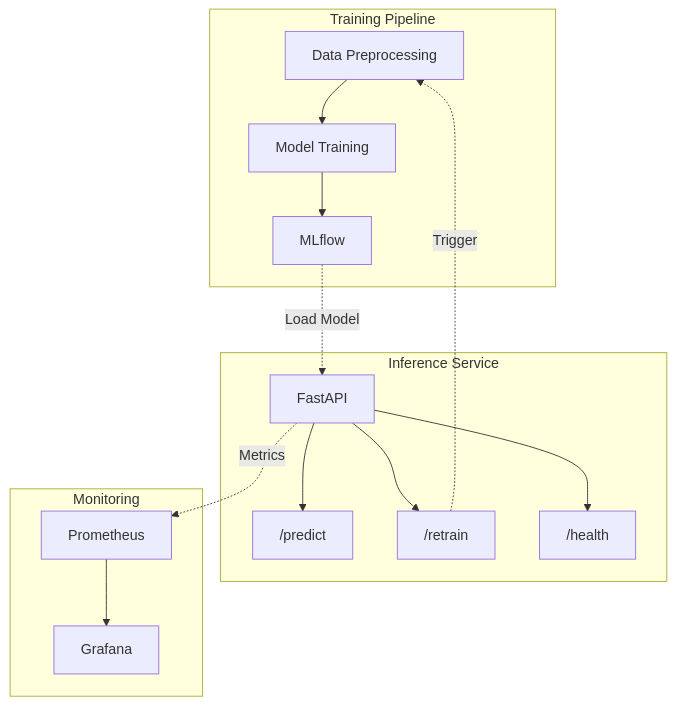
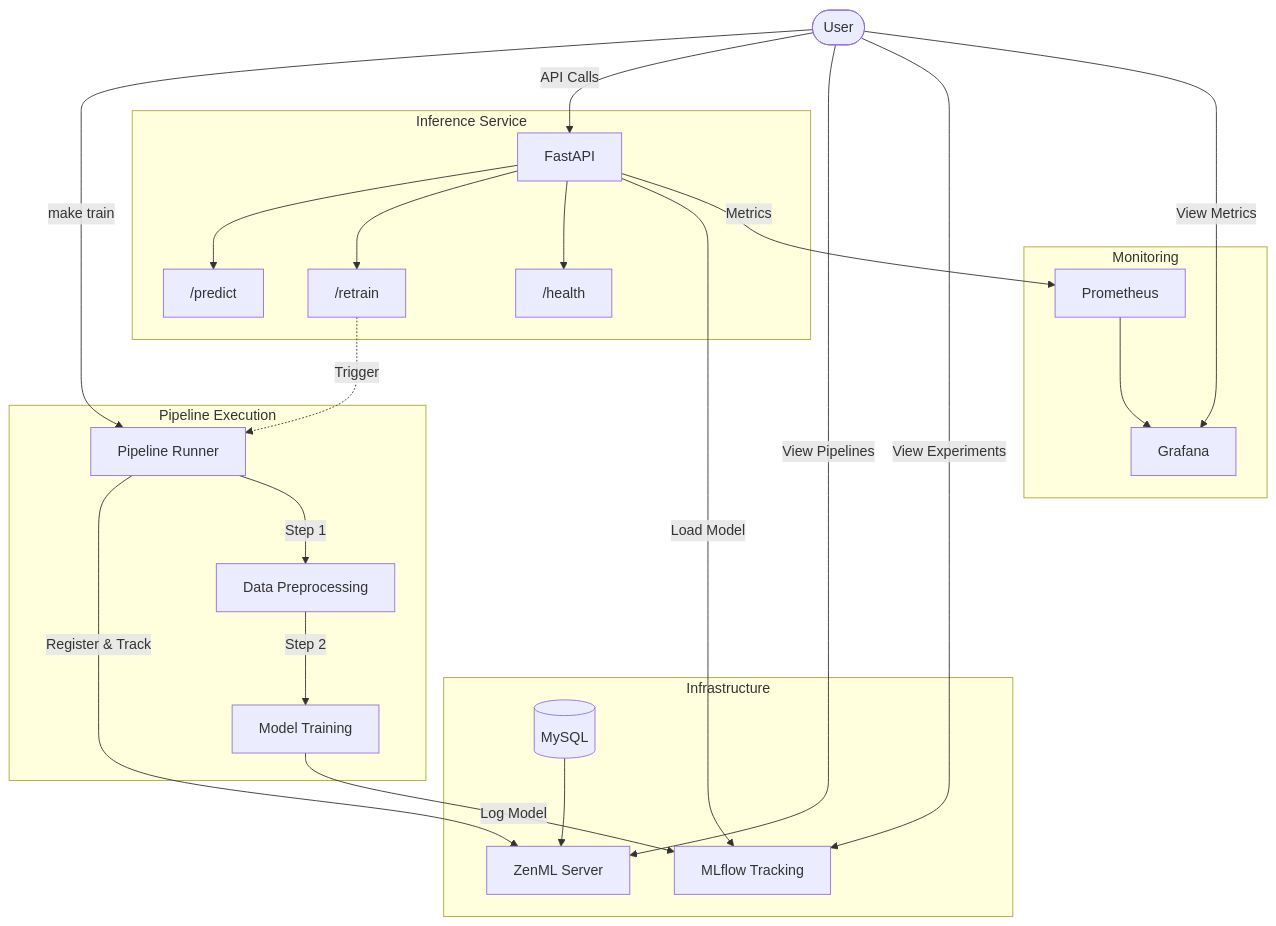
Before and after one commit to ssime-git/zenml_mlops_template: the first of 2 diagrams in README.md, drawn with Mermaid. The commit also changed other lines of this file and 5 other files, not shown here.

First line of the commit message:
Enhance Grafana with auto-provisioned dashboard and improve architecture diagram

````diff
--- a/README.md
+++ b/README.md
@@ -35,21 +35,34 @@
 ```mermaid
 graph TD
-    subgraph "Training Pipeline"
-        A[Data Preprocessing] --> B[Model Training]
-        B --> C[MLflow]
+    subgraph "Infrastructure"
+        MySQL[(MySQL)] --> ZenML[ZenML Server]
+        MLflow[MLflow Tracking]
+    end
+    
+    subgraph "Pipeline Execution"
+        Runner[Pipeline Runner] -->|Register & Track| ZenML
+        Runner -->|Step 1| Preprocess[Data Preprocessing]
+        Preprocess -->|Step 2| Train[Model Training]
+        Train -->|Log Model| MLflow
     end
     
     subgraph "Inference Service"
-        D[FastAPI] --> E["/predict"]
-        D --> F["/retrain"]
-        D --> G["/health"]
+        API[FastAPI] --> Predict["/predict"]
+        API --> Retrain["/retrain"]
+        API --> Health["/health"]
+        API -->|Load Model| MLflow
     end
     
     subgraph "Monitoring"
-        H[Prometheus] --> I[Grafana]
+        Prometheus --> Grafana
     end
     
-    C -.->|Load Model| D
-    F -.->|Trigger| A
-    D -.->|Metrics| H
+    Retrain -.->|Trigger| Runner
+    API -->|Metrics| Prometheus
+    
+    User([User]) -->|make train| Runner
+    User -->|API Calls| API
+    User -->|View Pipelines| ZenML
+    User -->|View Experiments| MLflow
+    User -->|View Metrics| Grafana
 ```
````
